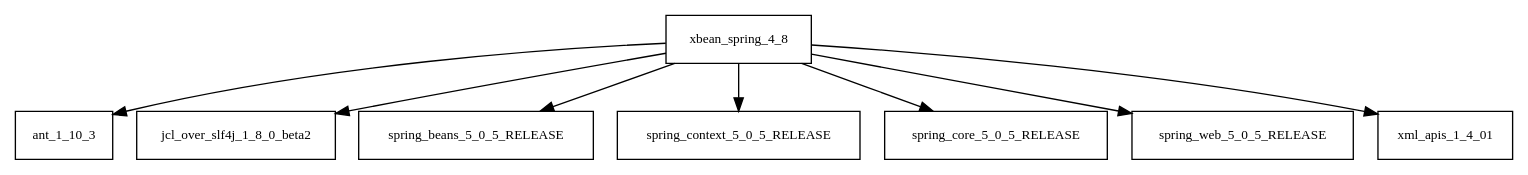
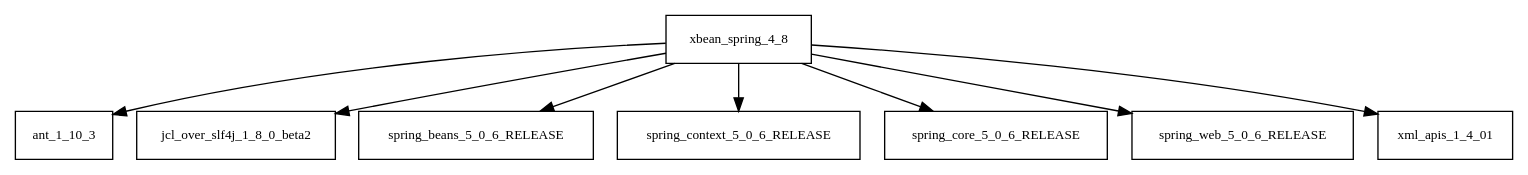
The diagram in tattleTaleReport/graphviz/xbean-spring-4.8.jar/xbean-spring-4.8.jar.dot (sjvs/cia), drawn with Graphviz before and after one commit. The commit also changed 2298 other files, not shown here.

```diff
--- a/tattleTaleReport/graphviz/xbean-spring-4.8.jar/xbean-spring-4.8.jar.dot
+++ b/tattleTaleReport/graphviz/xbean-spring-4.8.jar/xbean-spring-4.8.jar.dot
@@ -1,10 +1,10 @@
 digraph xbean_spring_4_8_dependencies {
   node [shape = box, fontsize=10.0];
   xbean_spring_4_8 -> ant_1_10_3;
   xbean_spring_4_8 -> jcl_over_slf4j_1_8_0_beta2;
-  xbean_spring_4_8 -> spring_beans_5_0_5_RELEASE;
-  xbean_spring_4_8 -> spring_context_5_0_5_RELEASE;
-  xbean_spring_4_8 -> spring_core_5_0_5_RELEASE;
-  xbean_spring_4_8 -> spring_web_5_0_5_RELEASE;
+  xbean_spring_4_8 -> spring_beans_5_0_6_RELEASE;
+  xbean_spring_4_8 -> spring_context_5_0_6_RELEASE;
+  xbean_spring_4_8 -> spring_core_5_0_6_RELEASE;
+  xbean_spring_4_8 -> spring_web_5_0_6_RELEASE;
   xbean_spring_4_8 -> xml_apis_1_4_01;
 }
```
